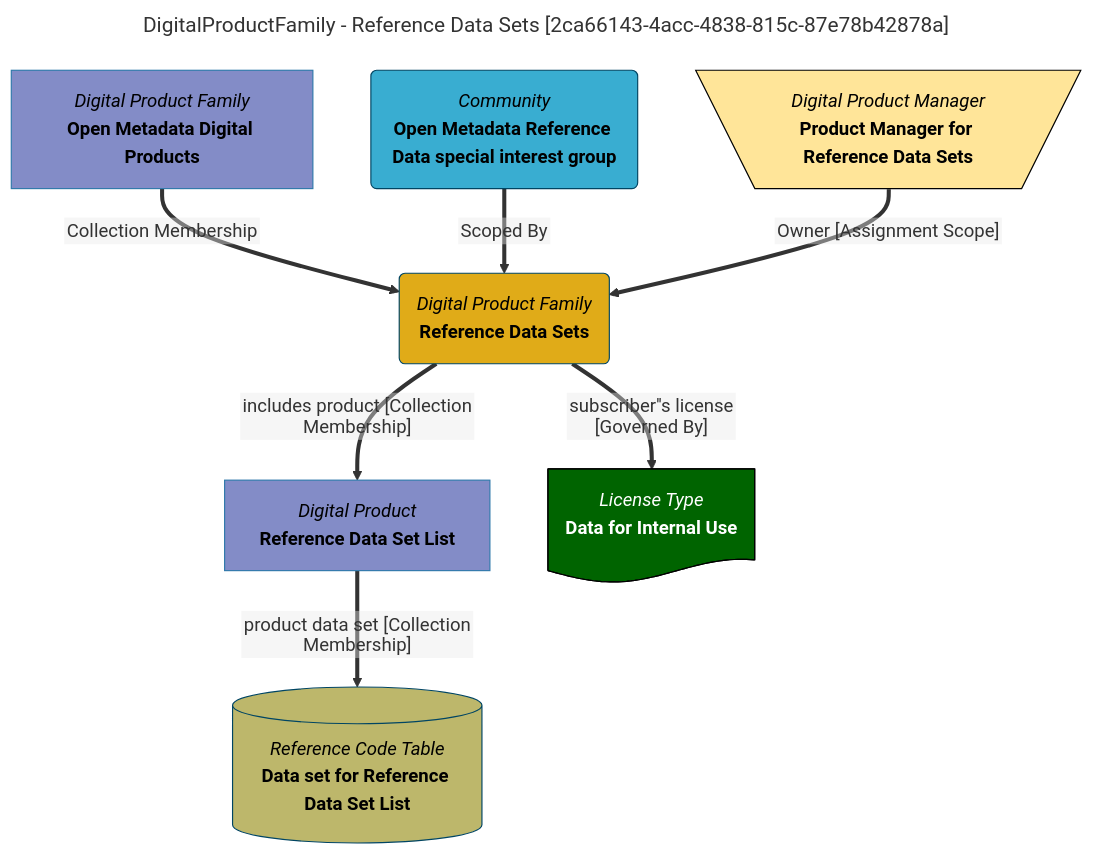
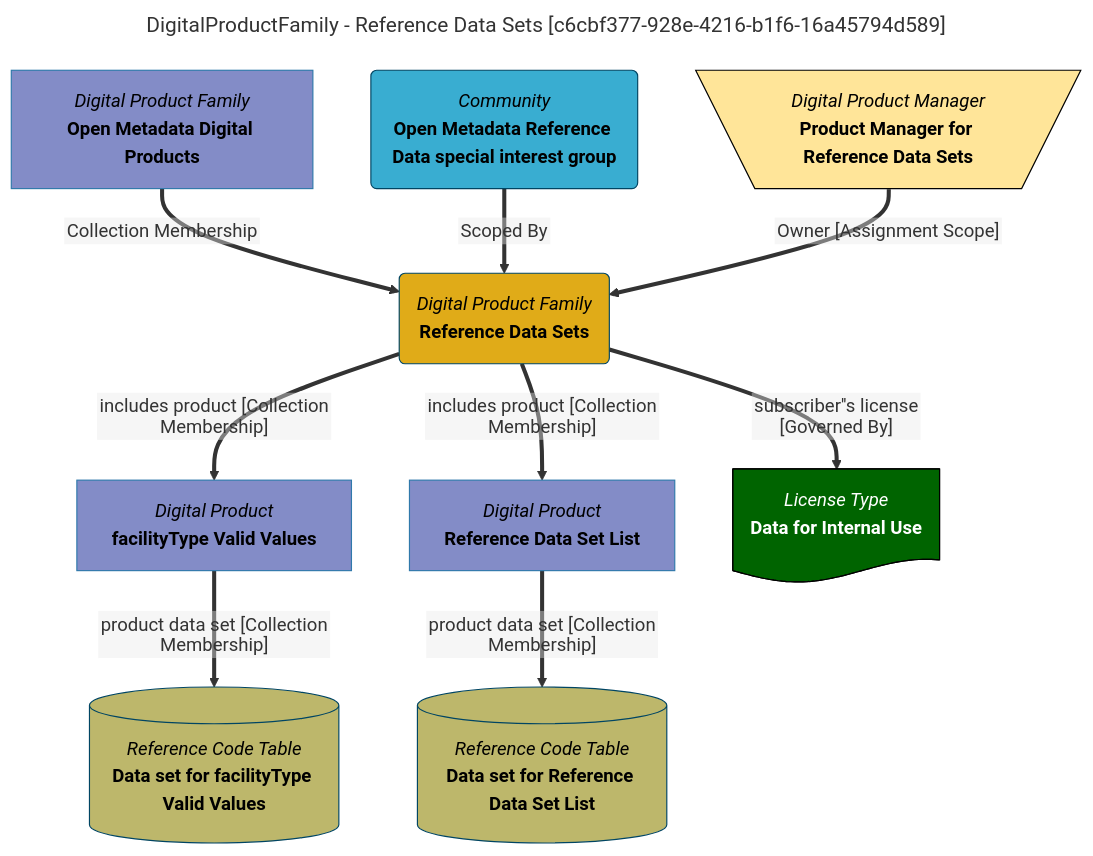
One commit to odpi/egeria-docs changed the diagram in site/snippets/collections/digital-products/reference-data-sets-mermaid-graph.md. Above: the diagram before and after it, drawn with Mermaid. The commit also changed 2201 other files, not shown here.

````diff
--- a/site/snippets/collections/digital-products/reference-data-sets-mermaid-graph.md
+++ b/site/snippets/collections/digital-products/reference-data-sets-mermaid-graph.md
@@ -1,35 +1,43 @@
 ```mermaid
 ---
-title: DigitalProductFamily - Reference Data Sets [2ca66143-4acc-4838-815c-87e78b42878a]
+title: DigitalProductFamily - Reference Data Sets [c6cbf377-928e-4216-b1f6-16a45794d589]
 ---
 flowchart TD
 %%{init: {"flowchart": {"htmlLabels": false}} }%%
 
 1@{ shape: rounded, label: "*Digital Product Family*
 **Reference Data Sets**"}
 2@{ shape: rect, label: "*Digital Product Family*
 **Open Metadata Digital Products**"}
 2==>|"Collection Membership"|1
 3@{ shape: rect, label: "*Digital Product*
-**Reference Data Set List**"}
+**facilityType Valid Values**"}
 1==>|"includes product [Collection Membership]"|3
 4@{ shape: cyl, label: "*Reference Code Table*
+**Data set for facilityType Valid Values**"}
+3==>|"product data set [Collection Membership]"|4
+5@{ shape: rect, label: "*Digital Product*
+**Reference Data Set List**"}
+1==>|"includes product [Collection Membership]"|5
+6@{ shape: cyl, label: "*Reference Code Table*
 **Data set for Reference Data Set List**"}
-3==>|"product data set [Collection Membership]"|4
-5@{ shape: rounded, label: "*Community*
+5==>|"product data set [Collection Membership]"|6
+7@{ shape: rounded, label: "*Community*
 **Open Metadata Reference Data special interest group**"}
-5==>|"Scoped By"|1
-6@{ shape: trap-t, label: "*Digital Product Manager*
+7==>|"Scoped By"|1
+8@{ shape: trap-t, label: "*Digital Product Manager*
 **Product Manager for Reference Data Sets**"}
-6==>|"Owner [Assignment Scope]"|1
-7@{ shape: doc, label: "*License Type*
+8==>|"Owner [Assignment Scope]"|1
+9@{ shape: doc, label: "*License Type*
 **Data for Internal Use**"}
-1==>|"subscriber''s license [Governed By]"|7
+1==>|"subscriber''s license [Governed By]"|9
 style 1 color:#000000, fill:#e0ab18, stroke:#004563
 style 2 color:#000000, fill:#838cc7, stroke:#3079ab
 style 3 color:#000000, fill:#838cc7, stroke:#3079ab
-style 4 color:#000000, fill:#bdb76b, stroke:#004563
-style 5 color:#000000, fill:#39add1, stroke:#004563
-style 6 color:#000000, fill:#FFE599, stroke:#000000
-style 7 color:#FFFFFF, fill:#006400, stroke:#000000
+style 4 color:#000000, fill:#BDB76B, stroke:#004563
+style 5 color:#000000, fill:#838cc7, stroke:#3079ab
+style 6 color:#000000, fill:#BDB76B, stroke:#004563
+style 7 color:#000000, fill:#39add1, stroke:#004563
+style 8 color:#000000, fill:#FFE599, stroke:#000000
+style 9 color:#FFFFFF, fill:#006400, stroke:#000000
 ```
````
